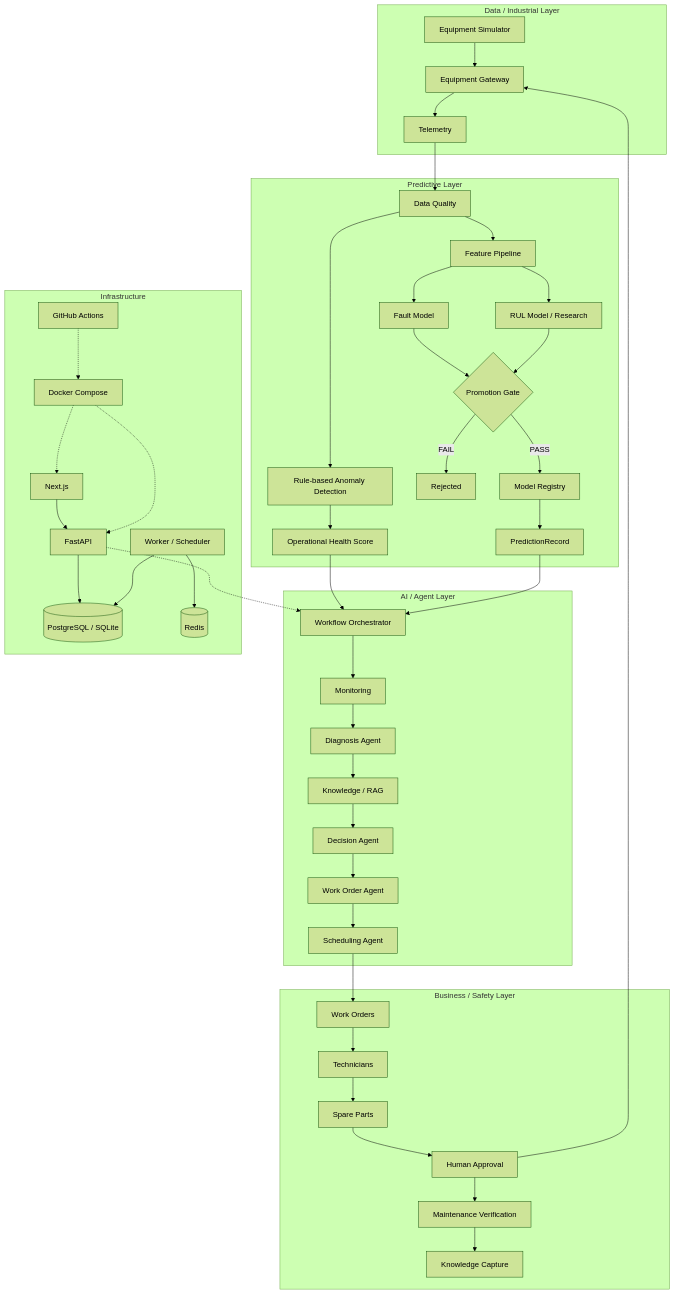
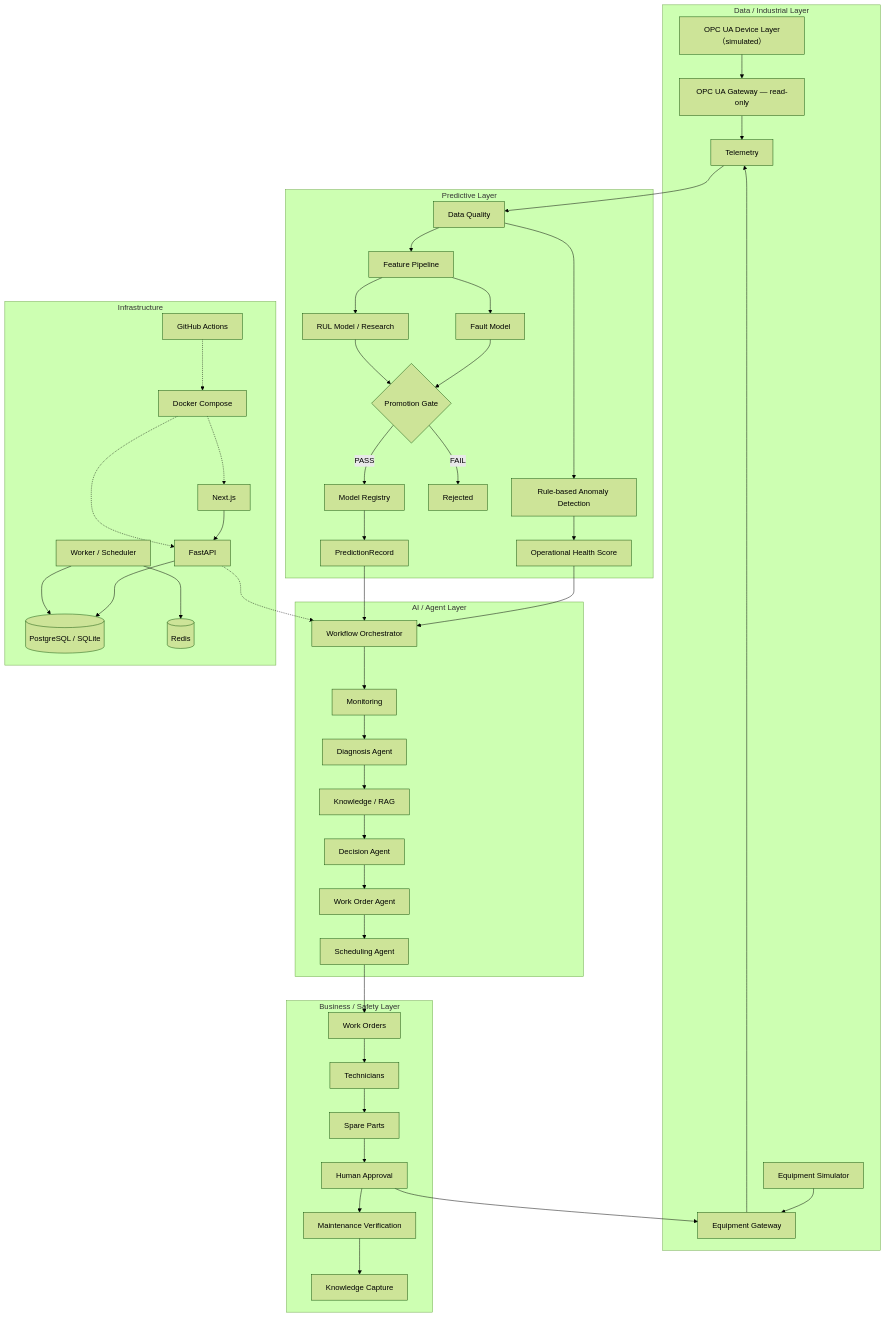
One commit to ten10do/industrial-maintenance-copilot changed the second of 5 diagrams in README.md. Above: the diagram before and after it, drawn with Mermaid (forest theme). The commit also changed other lines of this file and 1 other file, not shown here.

Commit message:
docs: document OPC UA industrial integration

````diff
--- a/README.md
+++ b/README.md
@@ -61,75 +62,78 @@
 ```mermaid
 flowchart TB
     subgraph Data["Data / Industrial Layer"]
+        OpcUaDevice["OPC UA Device Layer（simulated）"]
+        OpcUaGateway["OPC UA Gateway — read-only"]
         Simulator["Equipment Simulator"]
         Gateway["Equipment Gateway"]
         Telemetry["Telemetry"]
+        OpcUaDevice --> OpcUaGateway --> Telemetry
         Simulator --> Gateway --> Telemetry
     end
 
     subgraph Predictive["Predictive Layer"]
         Quality["Data Quality"]
         Features["Feature Pipeline"]
         Anomaly["Rule-based Anomaly Detection"]
         Health["Operational Health Score"]
         Fault["Fault Model"]
         RUL["RUL Model / Research"]
         Gate{"Promotion Gate"}
         Rejected["Rejected"]
         Registry["Model Registry"]
         Prediction["PredictionRecord"]
         Quality --> Features
         Quality --> Anomaly --> Health
         Features --> Fault --> Gate
         Features --> RUL --> Gate
         Gate -->|PASS| Registry
         Gate -->|FAIL| Rejected
         Registry --> Prediction
     end
 
     subgraph Agents["AI / Agent Layer"]
         Orchestrator["Workflow Orchestrator"]
         Monitoring["Monitoring"]
         Diagnosis["Diagnosis Agent"]
         KnowledgeAgent["Knowledge / RAG"]
         DecisionAgent["Decision Agent"]
         WorkOrderAgent["Work Order Agent"]
         SchedulingAgent["Scheduling Agent"]
         Orchestrator --> Monitoring --> Diagnosis --> KnowledgeAgent
         KnowledgeAgent --> DecisionAgent --> WorkOrderAgent --> SchedulingAgent
     end
 
     subgraph Business["Business / Safety Layer"]
         WorkOrders["Work Orders"]
         Technicians["Technicians"]
         Parts["Spare Parts"]
         Approval["Human Approval"]
         Verification["Maintenance Verification"]
         Capture["Knowledge Capture"]
         WorkOrders --> Technicians --> Parts --> Approval
         Approval --> Verification --> Capture
     end
 
     subgraph Infra["Infrastructure"]
         Web["Next.js"]
         API["FastAPI"]
         DB[("PostgreSQL / SQLite")]
         Redis[("Redis")]
         Runtime["Worker / Scheduler"]
         Docker["Docker Compose"]
         CI["GitHub Actions"]
         Web --> API --> DB
         Runtime --> DB
         Runtime --> Redis
         Docker -.-> Web
         Docker -.-> API
         CI -.-> Docker
     end
 
     Telemetry --> Quality
     Health --> Orchestrator
     Prediction --> Orchestrator
     SchedulingAgent --> WorkOrders
     Approval --> Gateway
     API -.-> Orchestrator
 ```
````
